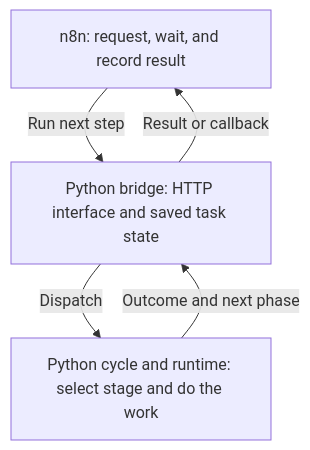
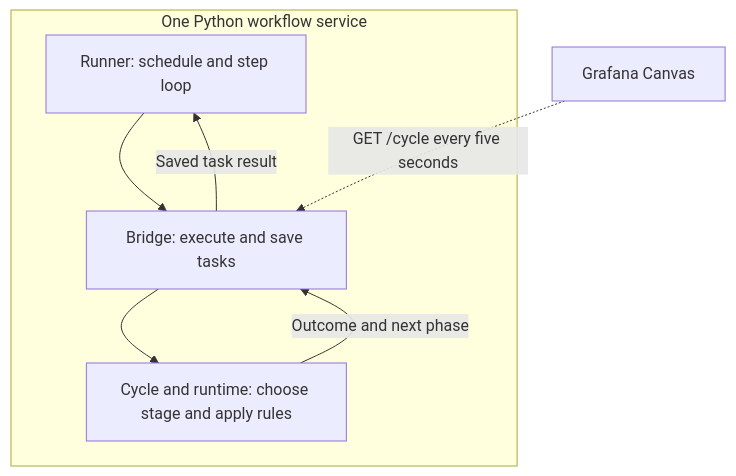
Before and after one commit to Nebettadjsr/GW2: the second of 2 diagrams in agent/docs/ARCHITECTURE.md, drawn with Mermaid. The commit also changed other lines of this file and 7 other files, not shown here.

Commit message:
docs: explain Python workflow runner and read-only Grafana architecture

````diff
--- a/agent/docs/ARCHITECTURE.md
+++ b/agent/docs/ARCHITECTURE.md
@@ -28,10 +29,10 @@
 ```mermaid
 flowchart TB
-    N[n8n: request, wait, and record result]
-    B[Python bridge: HTTP interface and saved task state]
-    P[Python cycle and runtime: select stage and do the work]
-    N -->|Run next step| B
-    B -->|Dispatch| P
-    P -->|Outcome and next phase| B
-    B -->|Result or callback| N
+    subgraph SERVICE[One Python workflow service]
+        R[Runner: schedule and step loop] --> B[Bridge: execute and save tasks]
+        B --> P[Cycle and runtime: choose stage and apply rules]
+        P -->|Outcome and next phase| B
+        B -->|Saved task result| R
+    end
+    G[Grafana Canvas] -. GET /cycle every five seconds .-> B
 ```
````
